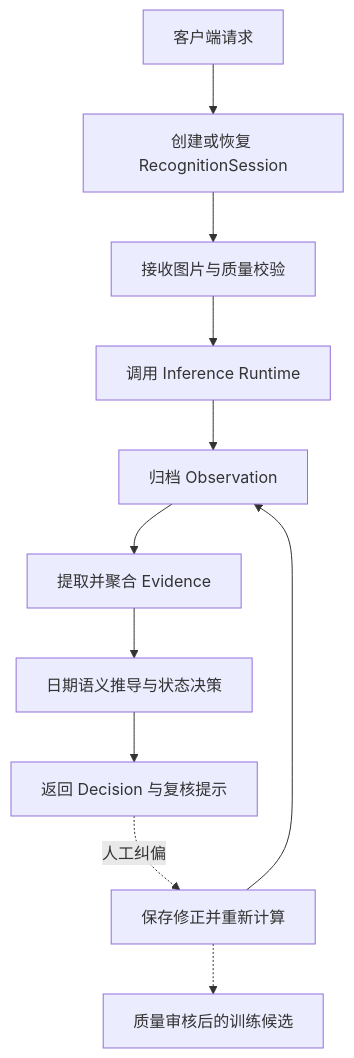
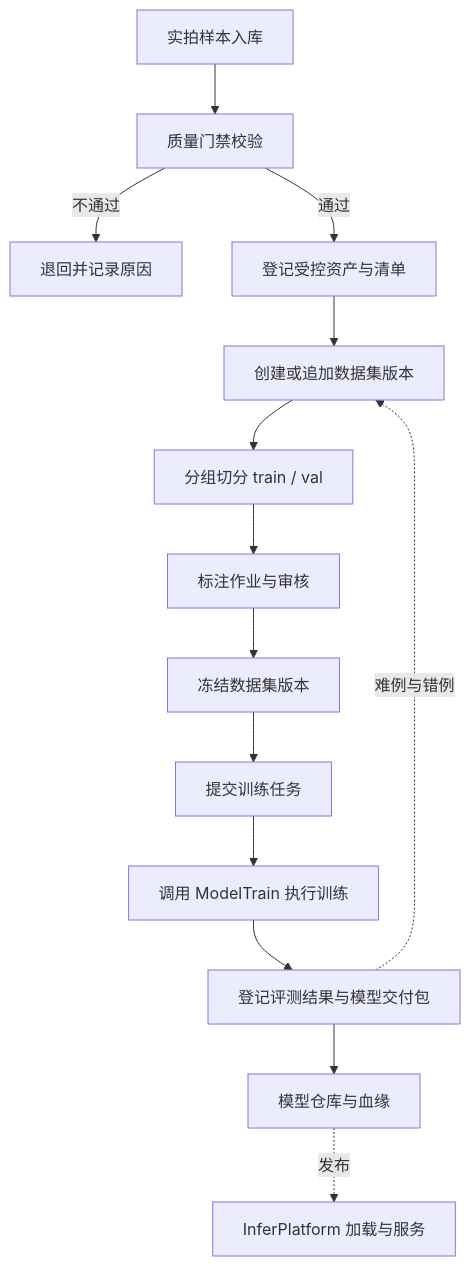
The diagram in README.md (QingMouFoodDate/TrainPlatform), drawn with Mermaid before and after one commit. The commit also changed other lines of this file, not shown here.

````diff
--- a/README.md
+++ b/README.md
@@ -33,13 +49,16 @@
 ```mermaid
 flowchart TD
-    A["客户端请求"] --> B["创建或恢复 RecognitionSession"]
-    B --> C["接收图片与质量校验"]
-    C --> D["调用 Inference Runtime"]
-    D --> E["归档 Observation"]
-    E --> F["提取并聚合 Evidence"]
-    F --> G["日期语义推导与状态决策"]
-    G --> H["返回 Decision 与复核提示"]
-    H -.->|"人工纠偏"| I["保存修正并重新计算"]
-    I --> E
-    I -.-> J["质量审核后的训练候选"]
+    A["实拍样本入库"] --> B["质量门禁校验"]
+    B -->|"不通过"| A2["退回并记录原因"]
+    B -->|"通过"| C["登记受控资产与清单"]
+    C --> D["创建或追加数据集版本"]
+    D --> E["分组切分 train / val"]
+    E --> F["标注作业与审核"]
+    F --> G["冻结数据集版本"]
+    G --> H["提交训练任务"]
+    H --> I["调用 ModelTrain 执行训练"]
+    I --> J["登记评测结果与模型交付包"]
+    J --> K["模型仓库与血缘"]
+    K -.->|"发布"| L["InferPlatform 加载与服务"]
+    J -.->|"难例与错例"| D
 ```
````
